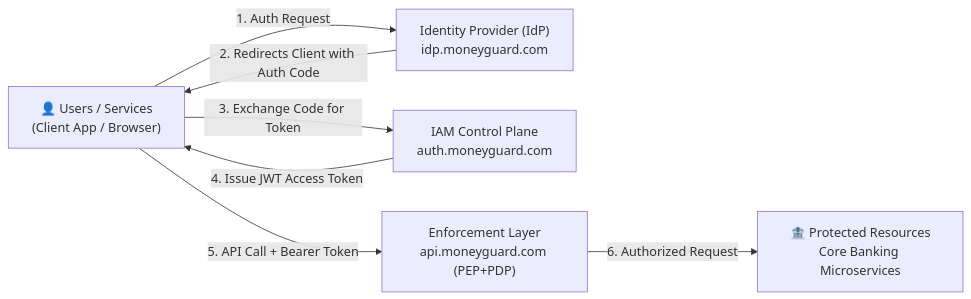
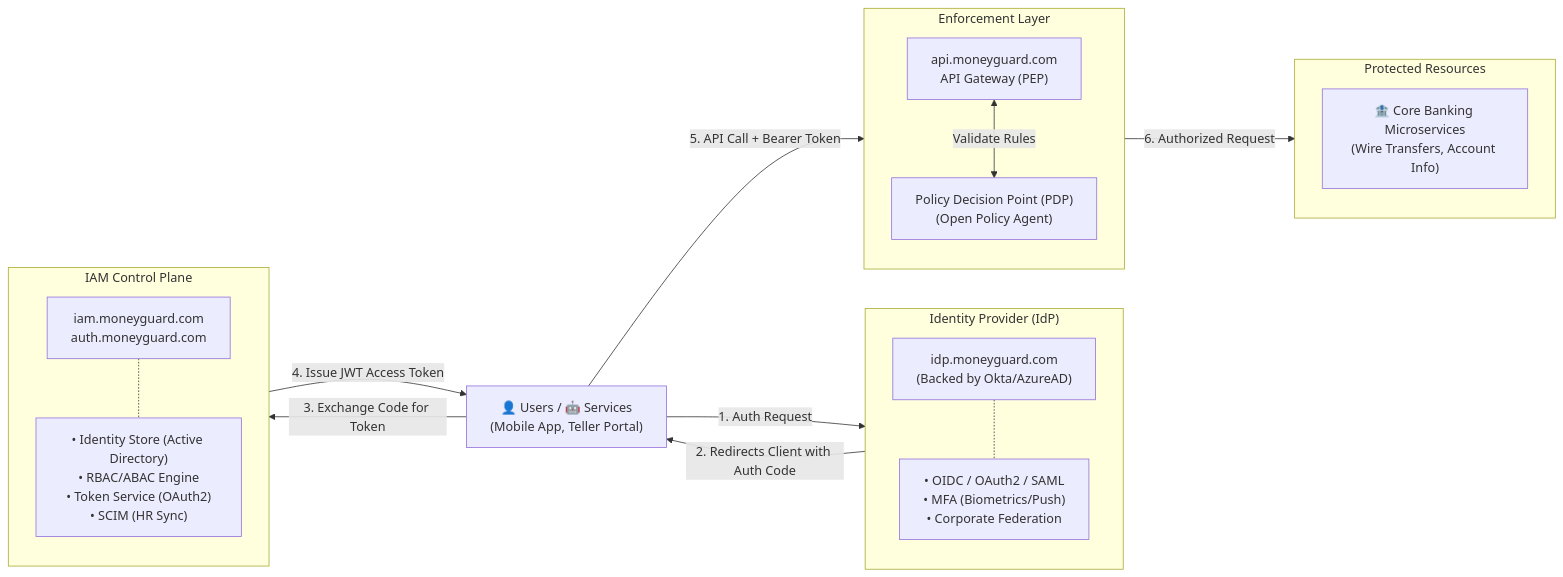
The diagram in 02_AuthN_Federation/01_ZeroTrustIAMArchitecture.md (nirajp82/IdentityAccessManagement_IAM), drawn with Mermaid before and after one commit. The commit also changed other lines of this file, not shown here.

First line of the commit message:
Revise Zero-Trust IAM Architecture Document

````diff
--- a/02_AuthN_Federation/01_ZeroTrustIAMArchitecture.md
+++ b/02_AuthN_Federation/01_ZeroTrustIAMArchitecture.md
@@ -9,18 +9,41 @@
 ```mermaid
 flowchart LR
-    %% Define Nodes
-    US["👤 Users / Services<br>(Client App / Browser)"]
-    IDP["Identity Provider (IdP)<br>idp.moneyguard.com"]
-    IAM["IAM Control Plane<br>auth.moneyguard.com"]
-    ENF["Enforcement Layer<br>api.moneyguard.com (PEP+PDP)"]
-    RES["🏦 Protected Resources<br>Core Banking Microservices"]
+    %% Define User Node
+    US["👤 Users / 🤖 Services<br>(Mobile App, Teller Portal)"]
 
-    %% Define Flow
+    %% Define Subgraphs with Details
+    subgraph IDP_Layer ["Identity Provider (IdP)"]
+        direction TB
+        IDP["idp.moneyguard.com<br>(Backed by Okta/AzureAD)"]
+        IDP_Features["• OIDC / OAuth2 / SAML<br>• MFA (Biometrics/Push)<br>• Corporate Federation"]
+        IDP -.- IDP_Features
+    end
+
+    subgraph IAM_Layer ["IAM Control Plane"]
+        direction TB
+        IAM["iam.moneyguard.com<br>auth.moneyguard.com"]
+        IAM_Features["• Identity Store (Active Directory)<br>• RBAC/ABAC Engine<br>• Token Service (OAuth2)<br>• SCIM (HR Sync)"]
+        IAM -.- IAM_Features
+    end
+
+    subgraph ENF_Layer ["Enforcement Layer"]
+        direction TB
+        ENF["api.moneyguard.com<br>API Gateway (PEP)"]
+        PDP["Policy Decision Point (PDP)<br>(Open Policy Agent)"]
+        ENF <-->|Validate Rules| PDP
+    end
+
+    subgraph RES_Layer ["Protected Resources"]
+        direction TB
+        RES["🏦 Core Banking Microservices<br>(Wire Transfers, Account Info)"]
+    end
+
+    %% Define the Step-by-Step Flow
     US -->|1. Auth Request| IDP
     IDP -->|2. Redirects Client with Auth Code| US
     US -->|3. Exchange Code for Token| IAM
     IAM -->|4. Issue JWT Access Token| US
     US -->|5. API Call + Bearer Token| ENF
     ENF -->|6. Authorized Request| RES
 
 ```
````
